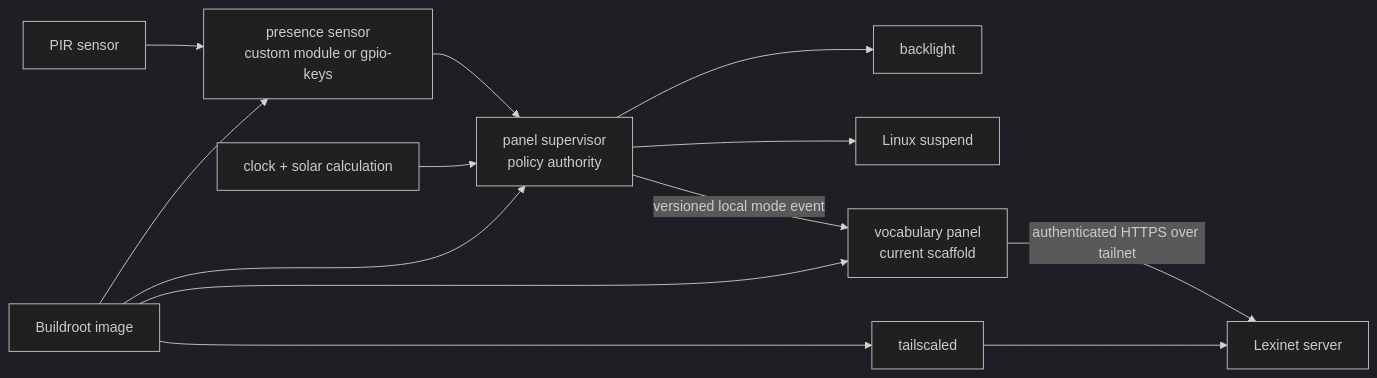
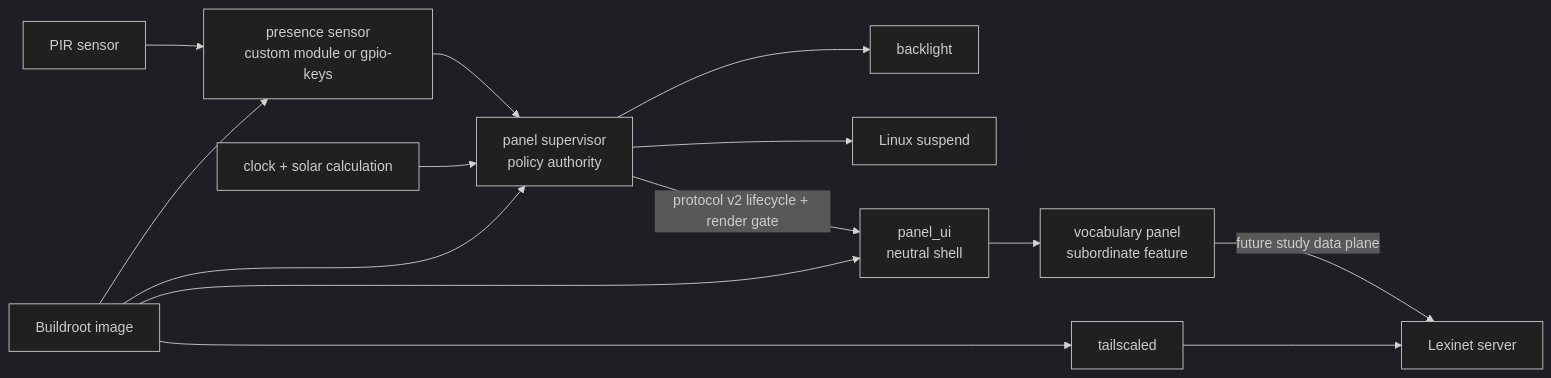
One commit to scshafe/embedded-house-panel changed the first of 2 diagrams in README.md. Above: the diagram before and after it, drawn with Mermaid (dark theme). The commit also changed other lines of this file and 124 other files, not shown here.

````diff
--- a/README.md
+++ b/README.md
@@ -81,15 +82,16 @@
 ```mermaid
 flowchart LR
     PIR["PIR sensor"] --> PRESENCE["presence sensor\ncustom module or gpio-keys"]
     PRESENCE --> SUPERVISOR["panel supervisor\npolicy authority"]
     CLOCK["clock + solar calculation"] --> SUPERVISOR
     SUPERVISOR --> BACKLIGHT["backlight"]
     SUPERVISOR --> SUSPEND["Linux suspend"]
-    SUPERVISOR -->|"versioned local mode event"| UI["vocabulary panel\ncurrent scaffold"]
-    UI -->|"authenticated HTTPS over tailnet"| LEXINET["Lexinet server"]
+    SUPERVISOR -->|"protocol v2 lifecycle + render gate"| UI["panel_ui\nneutral shell"]
+    UI --> VOCABULARY["vocabulary panel\nsubordinate feature"]
+    VOCABULARY -->|"future study data plane"| LEXINET["Lexinet server"]
     BUILDROOT["Buildroot image"] --> PRESENCE
     BUILDROOT --> SUPERVISOR
     BUILDROOT --> UI
     BUILDROOT --> TAILSCALE["tailscaled"]
     TAILSCALE --> LEXINET
 ```
````
